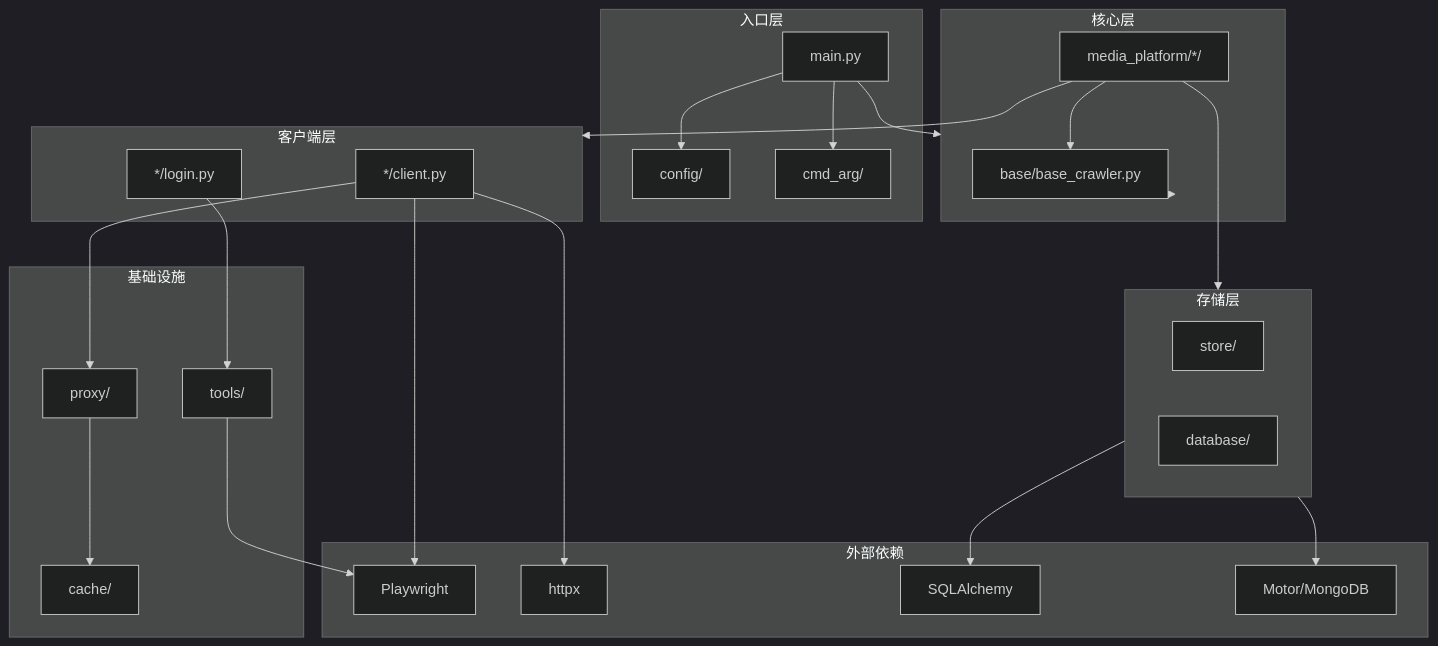
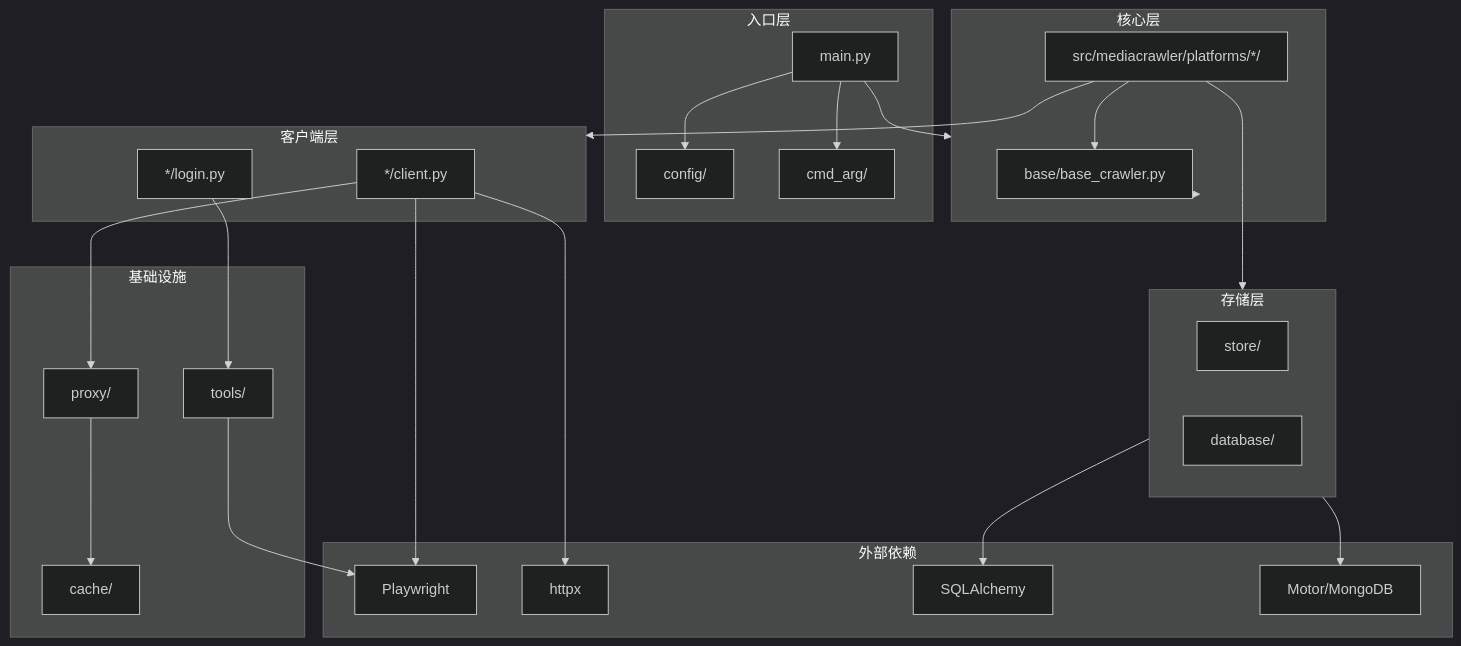
One commit to fldsjls/MediaCrawler changed diagram 12 of 12 in docs/architecture/upstream-cli.md. Above: the diagram before and after it, drawn with Mermaid (dark theme). The commit also changed other lines of this file and 571 other files, not shown here.

````diff
--- a/docs/architecture/upstream-cli.md
+++ b/docs/architecture/upstream-cli.md
@@ -767,57 +723,57 @@
 ```mermaid
 flowchart TB
     subgraph Entry["入口层"]
         main["main.py"]
         config["config/"]
         cmdarg["cmd_arg/"]
     end
 
     subgraph Core["核心层"]
         base["base/base_crawler.py"]
-        platforms["media_platform/*/"]
+        platforms["src/mediacrawler/platforms/*/"]
     end
 
     subgraph Client["客户端层"]
         client["*/client.py"]
         login["*/login.py"]
     end
 
     subgraph Storage["存储层"]
         store["store/"]
         database["database/"]
     end
 
     subgraph Infra["基础设施"]
         proxy["proxy/"]
         cache["cache/"]
         tools["tools/"]
     end
 
     subgraph External["外部依赖"]
         playwright["Playwright"]
         httpx["httpx"]
         sqlalchemy["SQLAlchemy"]
         motor["Motor/MongoDB"]
     end
 
     main --> config
     main --> cmdarg
     main --> Core
 
     Core --> base
     platforms --> base
     platforms --> Client
 
     client --> proxy
     client --> httpx
     login --> tools
 
     platforms --> Storage
     Storage --> sqlalchemy
     Storage --> motor
 
     client --> playwright
     tools --> playwright
 
     proxy --> cache
 ```
````
